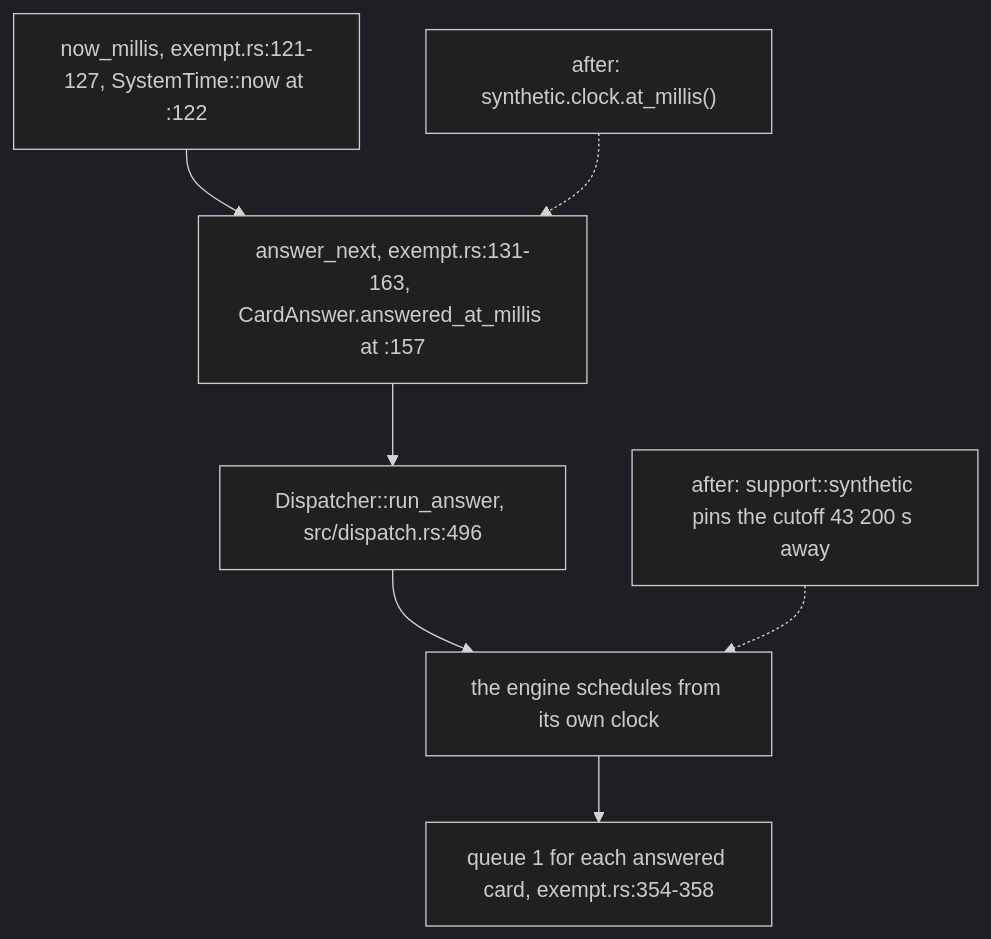
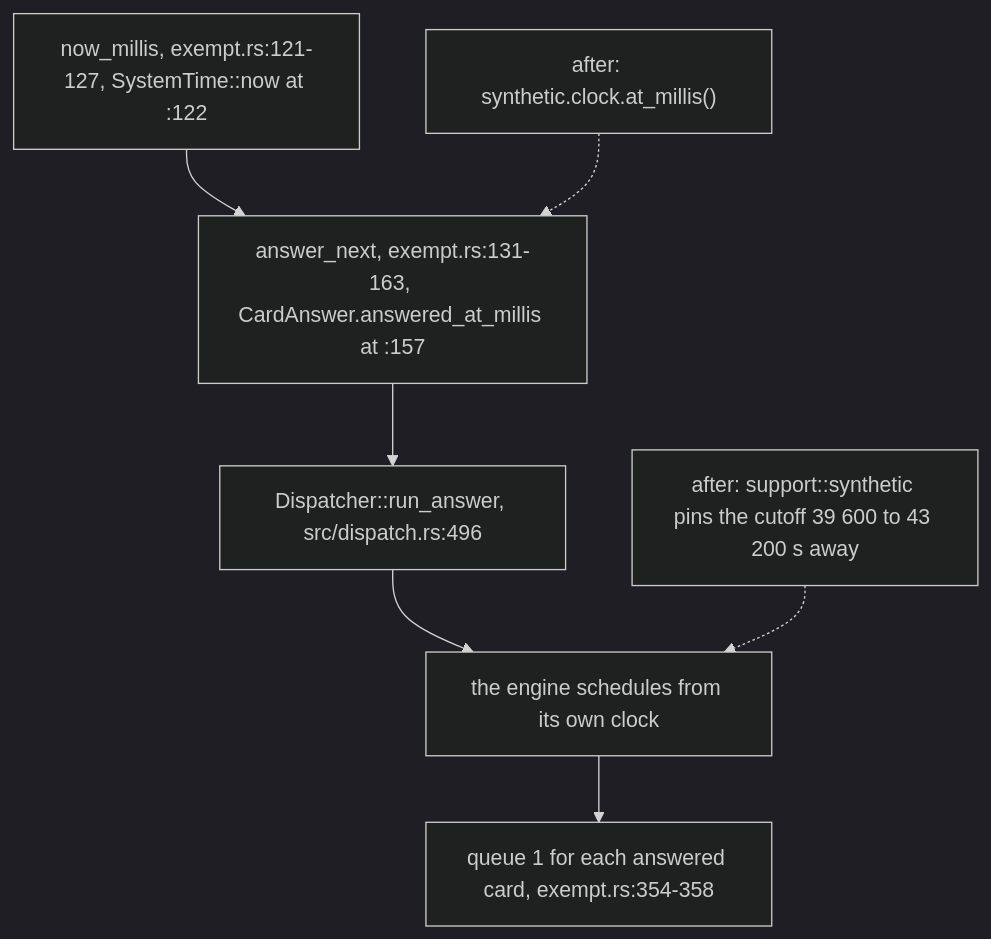
Before and after one commit to RexRenatus/deck-streak: the second of 10 diagrams in docs/schematics/scheduler-tests-take-their-time-from-one-injected-clock.md, drawn with Mermaid (dark theme). The commit also changed other lines of this file and 2 other files, not shown here.

````diff
--- a/docs/schematics/scheduler-tests-take-their-time-from-one-injected-clock.md
+++ b/docs/schematics/scheduler-tests-take-their-time-from-one-injected-clock.md
@@ -44,16 +47,16 @@
 ```mermaid
 flowchart TD
   coreread["now_millis, exempt.rs:121-127, SystemTime::now at :122"]
   coreclock["after: synthetic.clock.at_millis()"]
   coreanswer["answer_next, exempt.rs:131-163, CardAnswer.answered_at_millis at :157"]
   corerun["Dispatcher::run_answer, src/dispatch.rs:496"]
   coresched["the engine schedules from its own clock"]
-  corepin["after: support::synthetic pins the cutoff 43 200 s away"]
+  corepin["after: support::synthetic pins the cutoff 39 600 to 43 200 s away"]
   coreassert["queue 1 for each answered card, exempt.rs:354-358"]
   coreread --> coreanswer
   coreclock -.-> coreanswer
   coreanswer --> corerun
   corerun --> coresched
   corepin -.-> coresched
   coresched --> coreassert
 ```
````
